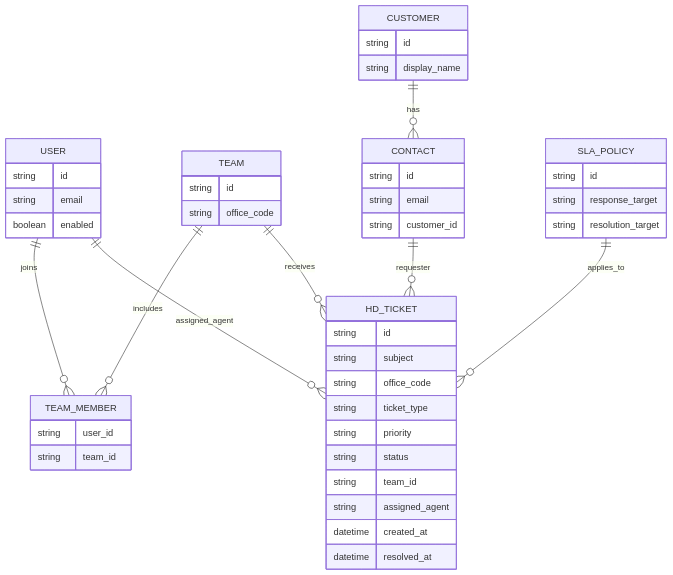
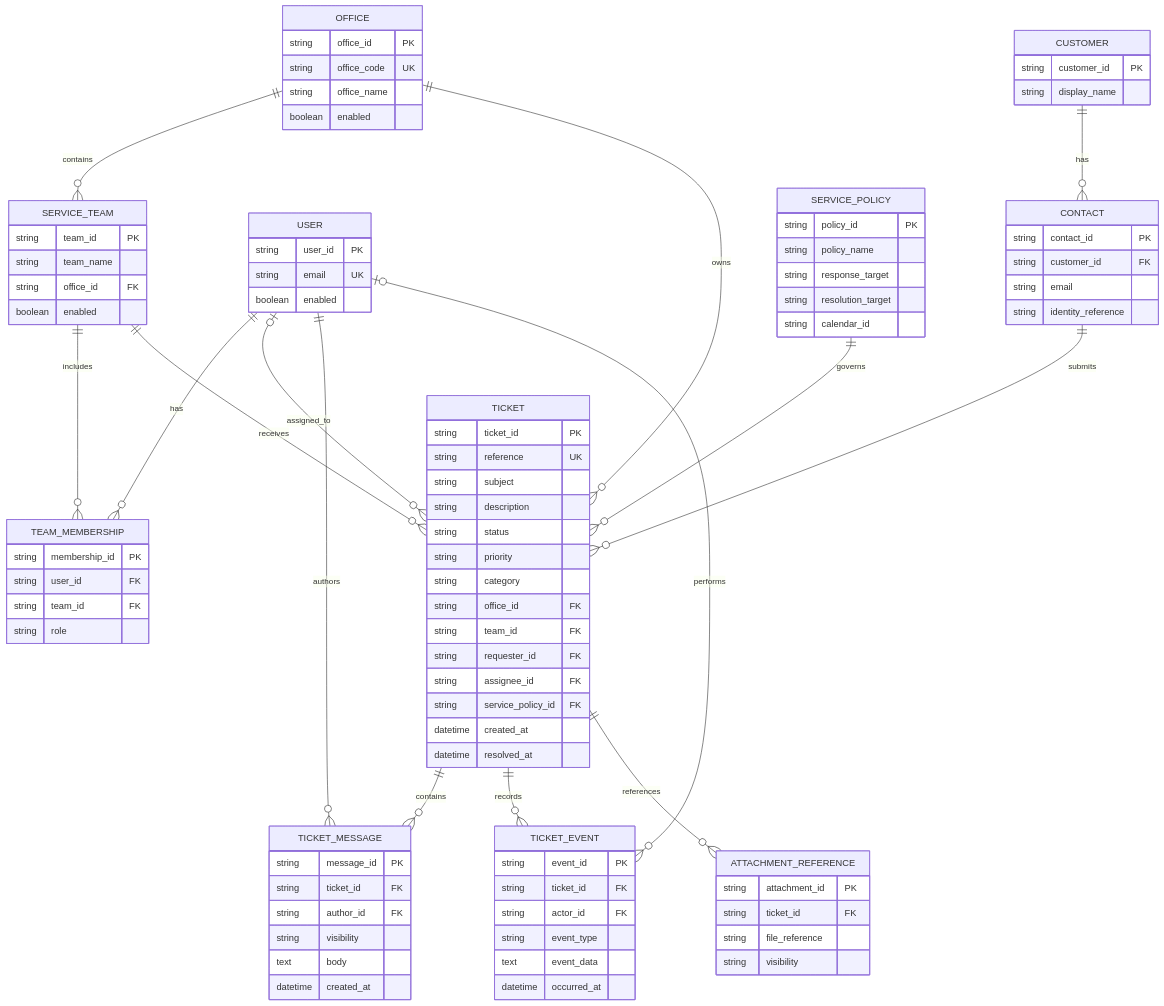
One commit to AgeReapor/cbsua-helpdesk-app changed the fourth of 9 diagrams in docs/architecture.md. Above: the diagram before and after it, drawn with Mermaid. The commit also changed other lines of this file, not shown here.

Commit message:
docs(architecture): restore C4 and UML domain diagrams

````diff
--- a/docs/architecture.md
+++ b/docs/architecture.md
@@ -155,50 +222,96 @@
-```mermaid
+~~~mermaid
 erDiagram
-    USER ||--o{ TEAM_MEMBER : joins
-    TEAM ||--o{ TEAM_MEMBER : includes
-    TEAM ||--o{ HD_TICKET : receives
-    USER ||--o{ HD_TICKET : assigned_agent
+    OFFICE ||--o{ SERVICE_TEAM : contains
+    USER ||--o{ TEAM_MEMBERSHIP : has
+    SERVICE_TEAM ||--o{ TEAM_MEMBERSHIP : includes
     CUSTOMER ||--o{ CONTACT : has
-    CONTACT ||--o{ HD_TICKET : requester
-    SLA_POLICY ||--o{ HD_TICKET : applies_to
+    CONTACT ||--o{ TICKET : submits
+    OFFICE ||--o{ TICKET : owns
+    SERVICE_TEAM ||--o{ TICKET : receives
+    USER o|--o{ TICKET : assigned_to
+    TICKET ||--o{ TICKET_MESSAGE : contains
+    USER ||--o{ TICKET_MESSAGE : authors
+    TICKET ||--o{ TICKET_EVENT : records
+    USER o|--o{ TICKET_EVENT : performs
+    SERVICE_POLICY ||--o{ TICKET : governs
+    TICKET ||--o{ ATTACHMENT_REFERENCE : references
 
+    OFFICE {
+      string office_id PK
+      string office_code UK
+      string office_name
+      boolean enabled
+    }
+    SERVICE_TEAM {
+      string team_id PK
+      string team_name
+      string office_id FK
+      boolean enabled
+    }
     USER {
-        string id
-        string email
-        boolean enabled
+      string user_id PK
+      string email UK
+      boolean enabled
     }
-    TEAM {
-        string id
-        string office_code
-    }
-    TEAM_MEMBER {
-        string user_id
-        string team_id
+    TEAM_MEMBERSHIP {
+      string membership_id PK
+      string user_id FK
+      string team_id FK
+      string role
     }
     CUSTOMER {
-        string id
-        string display_name
+      string customer_id PK
+      string display_name
     }
     CONTACT {
-        string id
-        string email
-        string customer_id
+      string contact_id PK
+      string customer_id FK
+      string email
+      string identity_reference
     }
-    HD_TICKET {
-        string id
-        string subject
-        string office_code
-        string ticket_type
-        string priority
-        string status
-        string team_id
-        string assigned_agent
-        datetime created_at
-        datetime resolved_at
+    TICKET {
+      string ticket_id PK
+      string reference UK
+      string subject
+      string description
+      string status
+      string priority
+      string category
+      string office_id FK
+      string team_id FK
+      string requester_id FK
+      string assignee_id FK
+      string service_policy_id FK
+      datetime created_at
+      datetime resolved_at
     }
-    SLA_POLICY {
-        string id
-        string response_target
-        string resolution_target
+    TICKET_MESSAGE {
+      string message_id PK
+      string ticket_id FK
+      string author_id FK
+      string visibility
+      text body
+      datetime created_at
     }
-```
+    TICKET_EVENT {
+      string event_id PK
+      string ticket_id FK
+      string actor_id FK
+      string event_type
+      text event_data
+      datetime occurred_at
+    }
+    SERVICE_POLICY {
+      string policy_id PK
+      string policy_name
+      string response_target
+      string resolution_target
+      string calendar_id
+    }
+    ATTACHMENT_REFERENCE {
+      string attachment_id PK
+      string ticket_id FK
+      string file_reference
+      string visibility
+    }
+~~~
````
